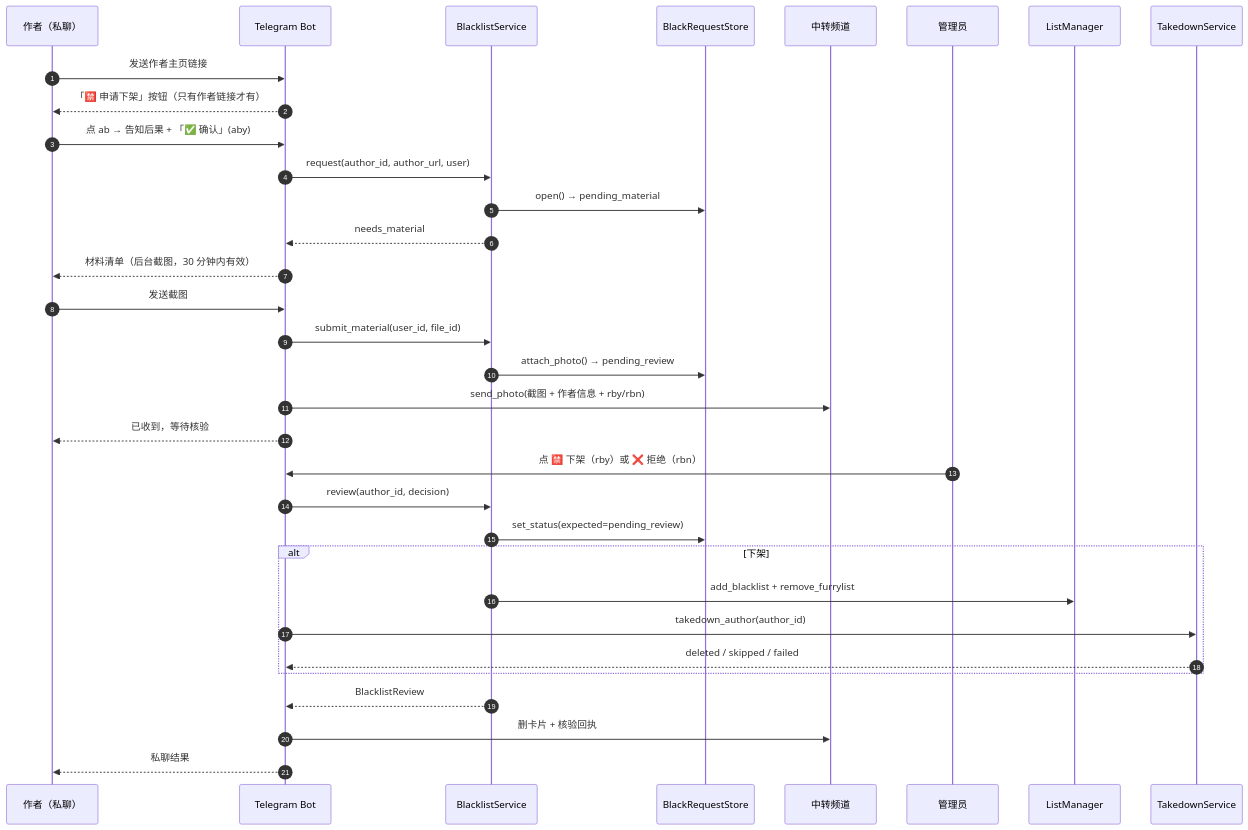
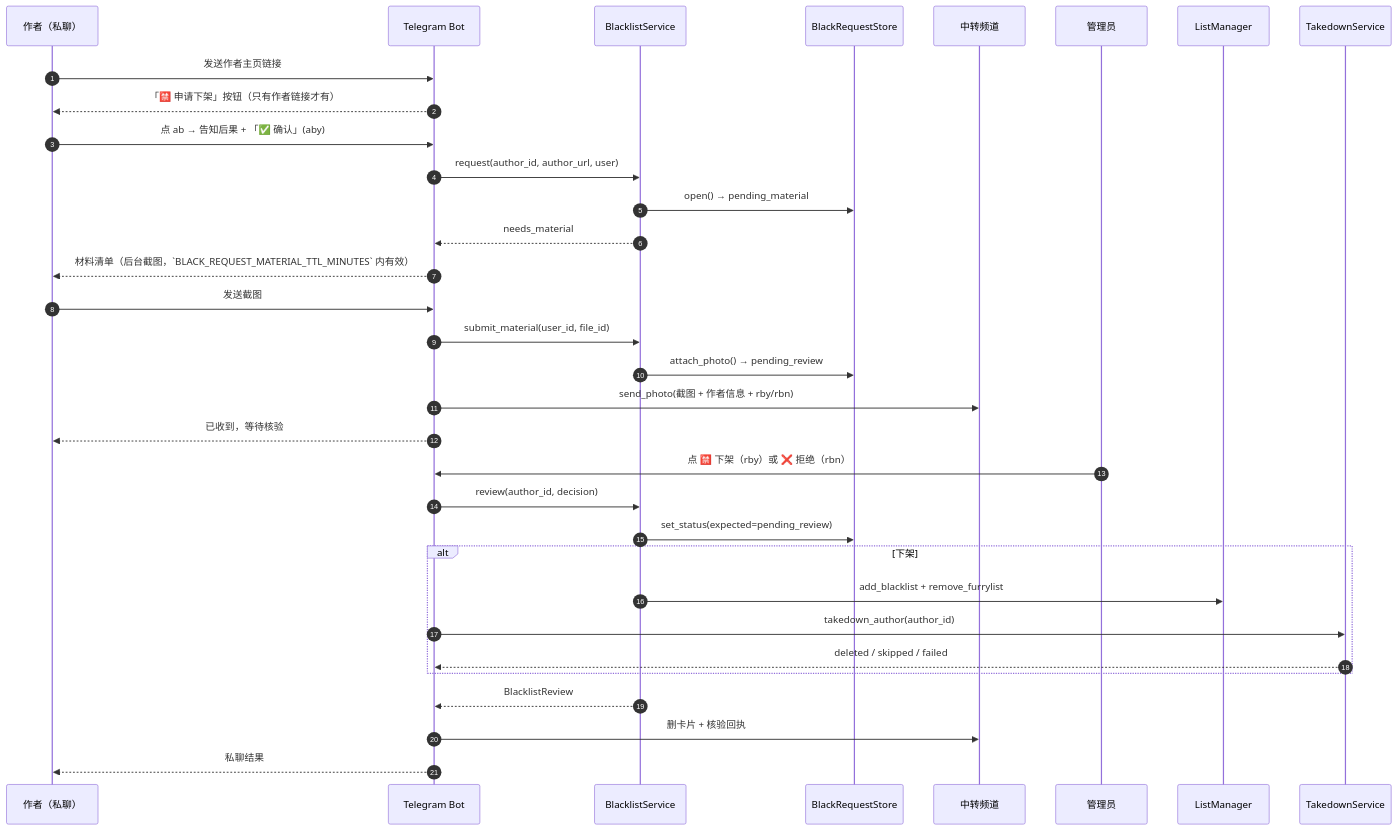
Before and after one commit to DowneyRem/FurryReadingBot: the fourth of 4 diagrams in docs/05-运行时序.md, drawn with Mermaid. The commit also changed other lines of this file and 7 other files, not shown here.

````diff
--- a/docs/05-运行时序.md
+++ b/docs/05-运行时序.md
@@ -204,38 +204,38 @@
 ```mermaid
 sequenceDiagram
     autonumber
     participant author as 作者（私聊）
     participant telegramBot as Telegram Bot
     participant blacklistService as BlacklistService
     participant blackRequests as BlackRequestStore
     participant transit as 中转频道
     participant admin as 管理员
     participant listManager as ListManager
     participant takedown as TakedownService
 
     author->>telegramBot: 发送作者主页链接
     telegramBot-->>author: 「🈲 申请下架」按钮（只有作者链接才有）
     author->>telegramBot: 点 ab → 告知后果 + 「✅ 确认」(aby)
     telegramBot->>blacklistService: request(author_id, author_url, user)
     blacklistService->>blackRequests: open() → pending_material
     blacklistService-->>telegramBot: needs_material
-    telegramBot-->>author: 材料清单（后台截图，30 分钟内有效）
+    telegramBot-->>author: 材料清单（后台截图，`BLACK_REQUEST_MATERIAL_TTL_MINUTES` 内有效）
 
     author->>telegramBot: 发送截图
     telegramBot->>blacklistService: submit_material(user_id, file_id)
     blacklistService->>blackRequests: attach_photo() → pending_review
     telegramBot->>transit: send_photo(截图 + 作者信息 + rby/rbn)
     telegramBot-->>author: 已收到，等待核验
 
     admin->>telegramBot: 点 🈲 下架（rby）或 ❌ 拒绝（rbn）
     telegramBot->>blacklistService: review(author_id, decision)
     blacklistService->>blackRequests: set_status(expected=pending_review)
     alt 下架
         blacklistService->>listManager: add_blacklist + remove_furrylist
         telegramBot->>takedown: takedown_author(author_id)
         takedown-->>telegramBot: deleted / skipped / failed
     end
     blacklistService-->>telegramBot: BlacklistReview
     telegramBot->>transit: 删卡片 + 核验回执
     telegramBot-->>author: 私聊结果
 ```
````
